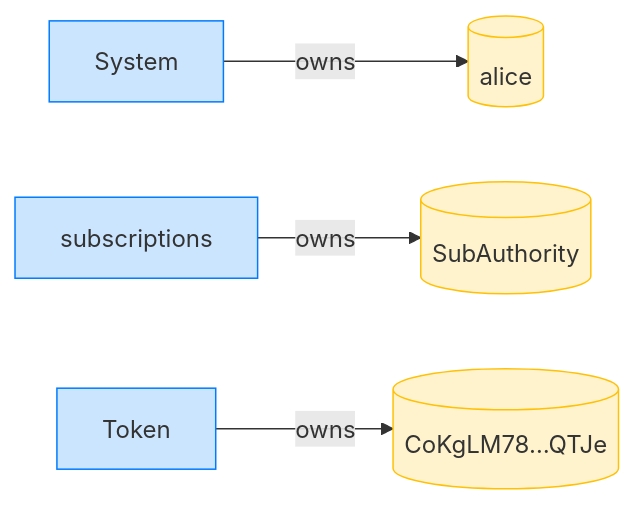
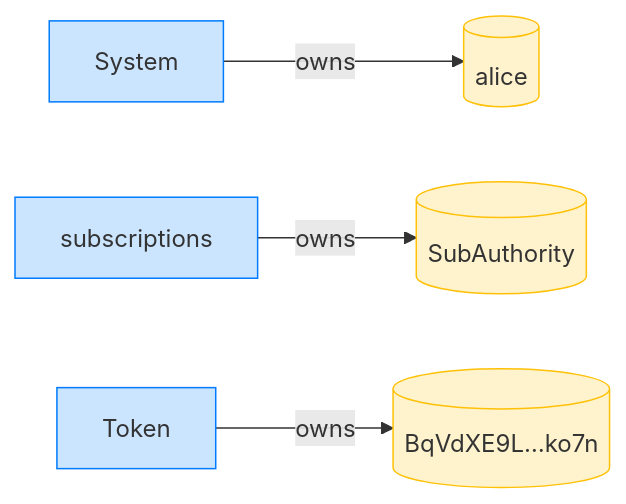
Before and after one commit to cds-rs/subscriptions: the fourth of 12 diagrams in dsl_tests/revoke-abandoned-rejects-an-unbound-authority-account.md, drawn with Mermaid. The commit also changed other lines of this file and 224 other files, not shown here.

````diff
--- a/dsl_tests/revoke-abandoned-rejects-an-unbound-authority-account.md
+++ b/dsl_tests/revoke-abandoned-rejects-an-unbound-authority-account.md
@@ -71,14 +76,14 @@
 ```mermaid
 flowchart LR
     classDef owner fill:#cce5ff,stroke:#007bff;
     classDef account fill:#fff3cd,stroke:#ffc107;
     System[System]:::owner
     alice[(alice)]:::account
     subscriptions[subscriptions]:::owner
     SubAuthority[(SubAuthority)]:::account
     Token[Token]:::owner
-    CoKgLM78_QTJe[("CoKgLM78…QTJe")]:::account
+    BqVdXE9L_ko7n[("BqVdXE9L…ko7n")]:::account
     System -->|owns| alice
     subscriptions -->|owns| SubAuthority
-    Token -->|owns| CoKgLM78_QTJe
+    Token -->|owns| BqVdXE9L_ko7n
 ```
````
